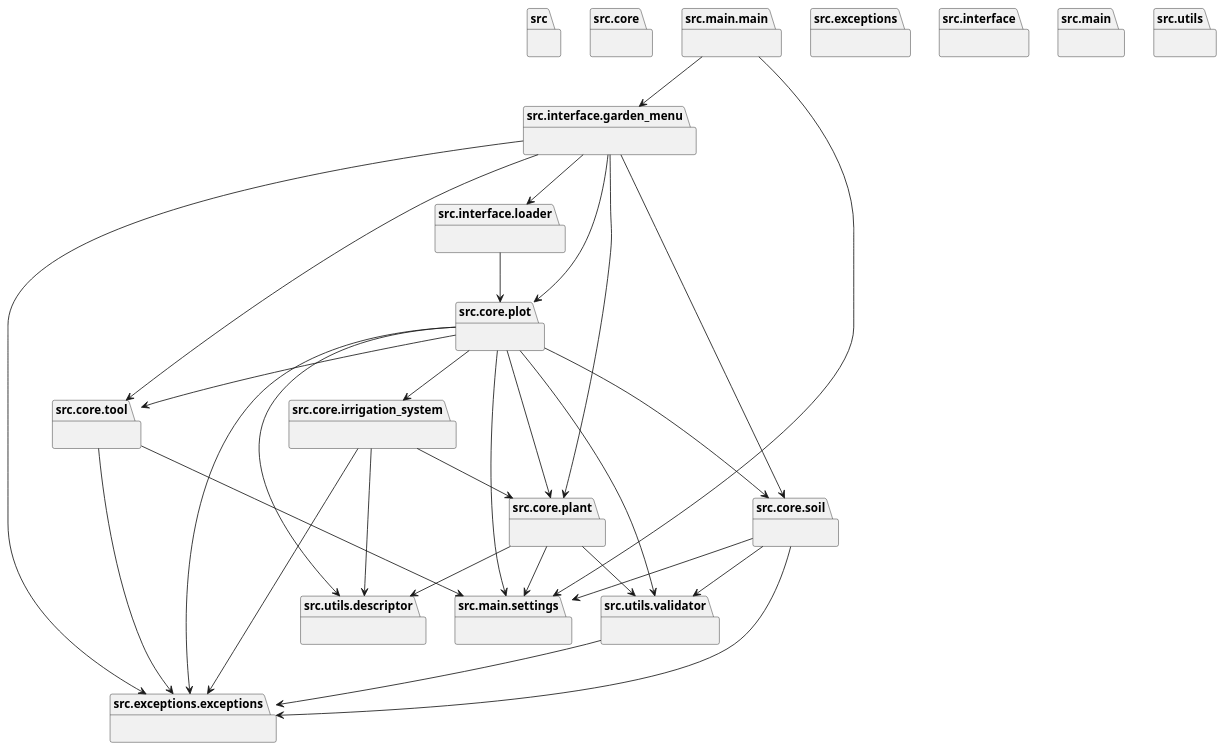
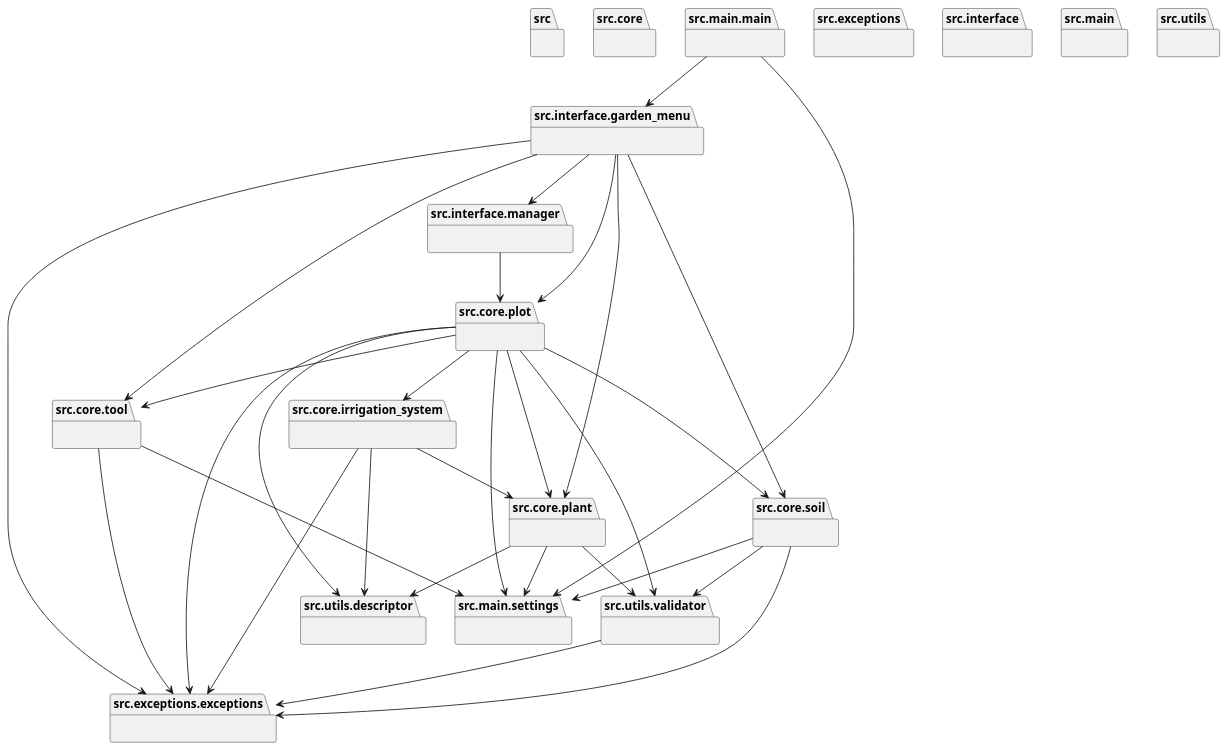
One commit to Artemdjdj/PPOIS_4 changed the diagram in lab_1/uml/packages_GardenPlot.puml. Above: the diagram before and after it, drawn with PlantUML. The commit also changed 4 other files, not shown here.

```diff
--- a/lab_1/uml/packages_GardenPlot.puml
+++ b/lab_1/uml/packages_GardenPlot.puml
@@ -1,68 +1,68 @@
 @startuml packages_GardenPlot
 set namespaceSeparator none
 package "src" as src {
 }
 package "src.core" as src.core {
 }
 package "src.core.irrigation_system" as src.core.irrigation_system {
 }
 package "src.core.plant" as src.core.plant {
 }
 package "src.core.plot" as src.core.plot {
 }
 package "src.core.soil" as src.core.soil {
 }
 package "src.core.tool" as src.core.tool {
 }
 package "src.exceptions" as src.exceptions {
 }
 package "src.exceptions.exceptions" as src.exceptions.exceptions {
 }
 package "src.interface" as src.interface {
 }
 package "src.interface.garden_menu" as src.interface.garden_menu {
 }
-package "src.interface.loader" as src.interface.loader {
+package "src.interface.manager" as src.interface.manager {
 }
 package "src.main" as src.main {
 }
 package "src.main.main" as src.main.main {
 }
 package "src.main.settings" as src.main.settings {
 }
 package "src.utils" as src.utils {
 }
 package "src.utils.descriptor" as src.utils.descriptor {
 }
 package "src.utils.validator" as src.utils.validator {
 }
 src.core.irrigation_system --> src.core.plant
 src.core.irrigation_system --> src.exceptions.exceptions
 src.core.irrigation_system --> src.utils.descriptor
 src.core.plant --> src.main.settings
 src.core.plant --> src.utils.descriptor
 src.core.plant --> src.utils.validator
 src.core.plot --> src.core.irrigation_system
 src.core.plot --> src.core.plant
 src.core.plot --> src.core.soil
 src.core.plot --> src.core.tool
 src.core.plot --> src.exceptions.exceptions
 src.core.plot --> src.main.settings
 src.core.plot --> src.utils.descriptor
 src.core.plot --> src.utils.validator
 src.core.soil --> src.exceptions.exceptions
 src.core.soil --> src.main.settings
 src.core.soil --> src.utils.validator
 src.core.tool --> src.exceptions.exceptions
 src.core.tool --> src.main.settings
 src.interface.garden_menu --> src.core.plant
 src.interface.garden_menu --> src.core.plot
 src.interface.garden_menu --> src.core.soil
 src.interface.garden_menu --> src.core.tool
 src.interface.garden_menu --> src.exceptions.exceptions
-src.interface.garden_menu --> src.interface.loader
-src.interface.loader --> src.core.plot
+src.interface.garden_menu --> src.interface.manager
+src.interface.manager --> src.core.plot
 src.main.main --> src.interface.garden_menu
 src.main.main --> src.main.settings
 src.utils.validator --> src.exceptions.exceptions
 @enduml
```
